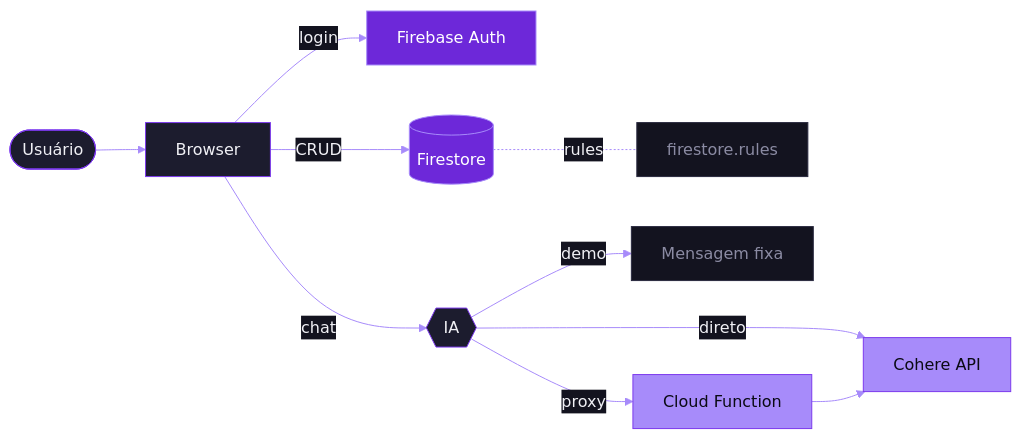
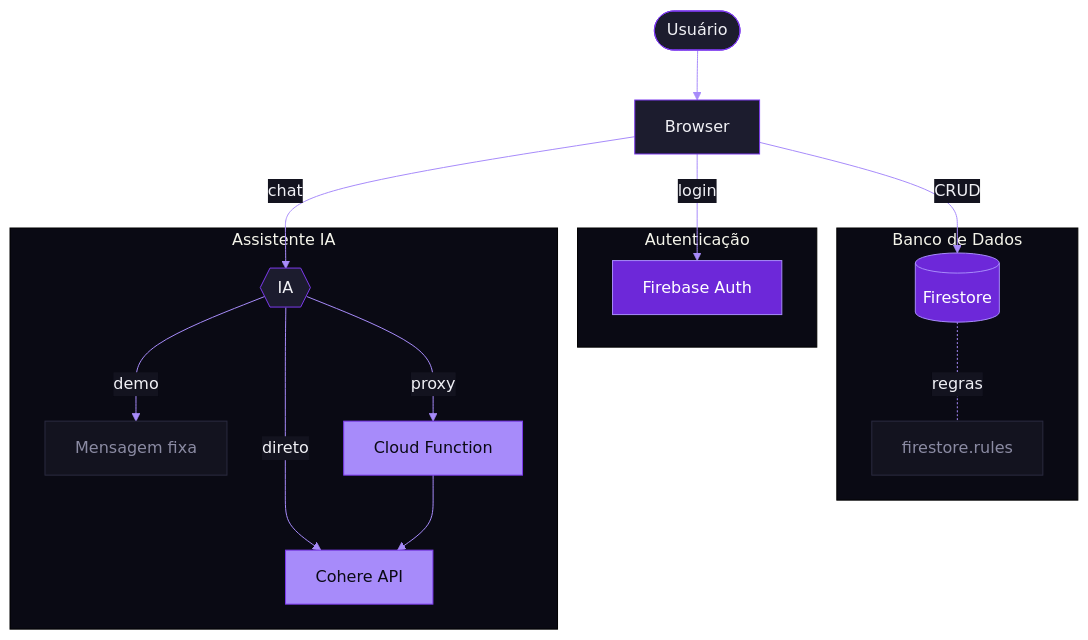
Before and after one commit to carloshjes/gastos-mensais: the diagram in README.md, drawn with Mermaid. The commit also changed 1 other file, not shown here.

Commit message:
Improve: ícone redesenhado e diagrama reorganizado

````diff
--- a/README.md
+++ b/README.md
@@ -41,28 +41,45 @@
 ```mermaid
 %%{init: {'theme':'base', 'themeVariables': {
   'fontFamily':'Plus Jakarta Sans, sans-serif',
   'primaryColor':'#1c1c2e',
   'primaryTextColor':'#f0f0f5',
   'primaryBorderColor':'#7c3aed',
   'lineColor':'#a78bfa',
   'secondaryColor':'#13131f',
   'tertiaryColor':'#0a0a14'
 }}}%%
-flowchart LR
+flowchart TD
     U([Usuário]) --> B[Browser]
-    B -->|login| FA[Firebase Auth]
-    B -->|CRUD| FS[(Firestore)]
-    B -->|chat| IA{{IA}}
-    IA -- demo --> D[Mensagem fixa]
-    IA -- direto --> CO[Cohere API]
-    IA -- proxy --> CF[Cloud Function] --> CO
-    FS -. rules .- R[firestore.rules]
+
+    subgraph auth[Autenticação]
+        FA[Firebase Auth]
+    end
+
+    subgraph db[Banco de Dados]
+        FS[(Firestore)]
+        R[firestore.rules]
+        FS -. regras .- R
+    end
+
+    subgraph ia[Assistente IA]
+        IA{{IA}}
+        D[Mensagem fixa]
+        CO[Cohere API]
+        CF[Cloud Function]
+        IA -->|demo| D
+        IA -->|direto| CO
+        IA -->|proxy| CF --> CO
+    end
+
+    B -->|login| FA
+    B -->|CRUD| FS
+    B -->|chat| IA
 
     classDef firebase fill:#6d28d9,stroke:#a78bfa,color:#fff
     classDef cohere   fill:#a78bfa,stroke:#7c3aed,color:#0a0a14
     classDef rules    fill:#13131f,stroke:#2a2a40,color:#8b8ba3
 
     class FA,FS firebase
     class CO,CF cohere
     class R,D rules
 ```
````
